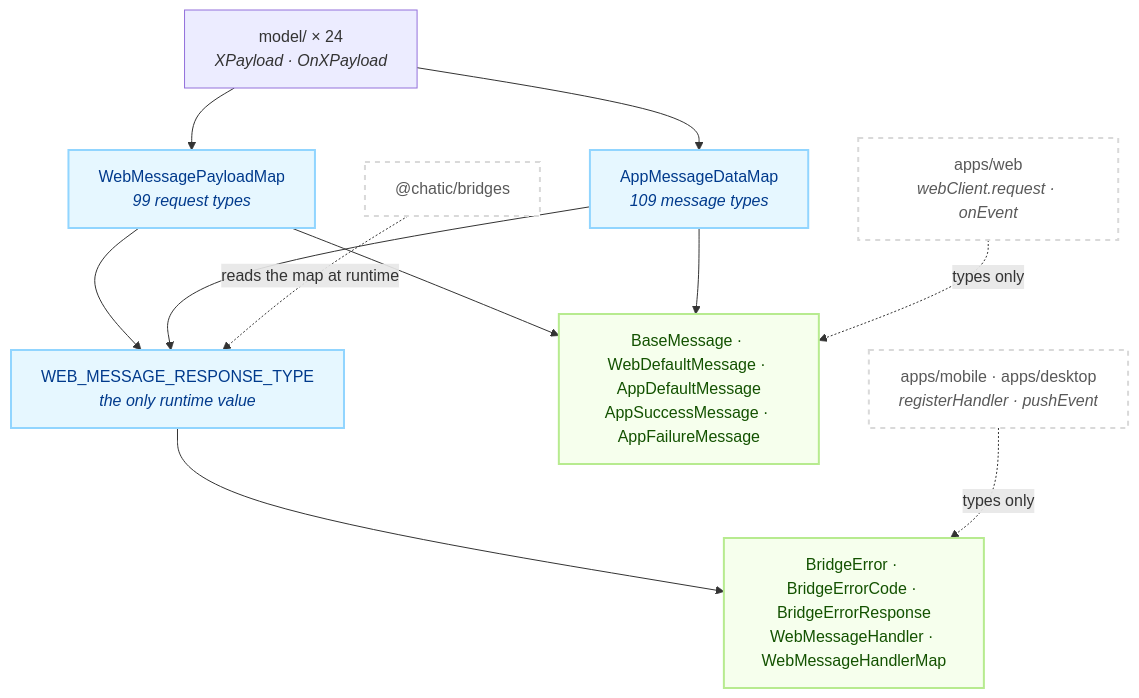
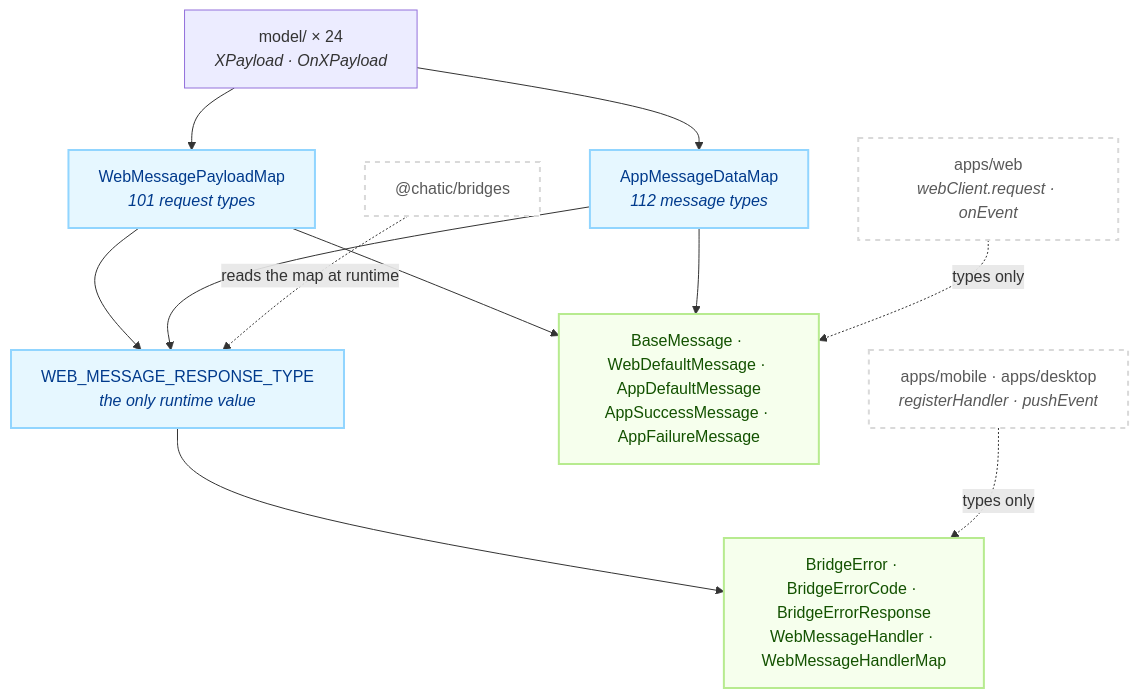
The first of 2 diagrams in libs/app-messages/README.md (lemoncloud-io/dou-app), drawn with Mermaid before and after one commit. The commit also changed other lines of this file and 41 other files, not shown here.

First line of the commit message:
feat(mobile,web,app-messages): give sub WebView pages a host of their own (ADR-0265)

````diff
--- a/libs/app-messages/README.md
+++ b/libs/app-messages/README.md
@@ -99,28 +99,28 @@
 ```mermaid
 flowchart TD
     classDef ext fill:#ffffff,stroke:#d9d9d9,stroke-width:2px,color:#595959,stroke-dasharray: 5 5;
     classDef map fill:#e6f7ff,stroke:#91d5ff,stroke-width:2px,color:#003a8c;
     classDef env fill:#f6ffed,stroke:#b7eb8f,stroke-width:2px,color:#135200;
 
     Model["model/ × 24<br/><i>XPayload · OnXPayload</i>"]
-    WM["WebMessagePayloadMap<br/><i>99 request types</i>"]:::map
-    AM["AppMessageDataMap<br/><i>109 message types</i>"]:::map
+    WM["WebMessagePayloadMap<br/><i>101 request types</i>"]:::map
+    AM["AppMessageDataMap<br/><i>112 message types</i>"]:::map
     RT["WEB_MESSAGE_RESPONSE_TYPE<br/><i>the only runtime value</i>"]:::map
     Env["BaseMessage · WebDefaultMessage · AppDefaultMessage<br/>AppSuccessMessage · AppFailureMessage"]:::env
     Err["BridgeError · BridgeErrorCode · BridgeErrorResponse<br/>WebMessageHandler · WebMessageHandlerMap"]:::env
 
     Web["apps/web<br/><i>webClient.request · onEvent</i>"]:::ext
     Shell["apps/mobile · apps/desktop<br/><i>registerHandler · pushEvent</i>"]:::ext
     Br["@chatic/bridges"]:::ext
 
     Model --> WM
     Model --> AM
     WM --> RT
     AM --> RT
     WM --> Env
     AM --> Env
     RT --> Err
     Br -.->|"reads the map at runtime"| RT
     Web -.->|"types only"| Env
     Shell -.->|"types only"| Err
 ```
````
